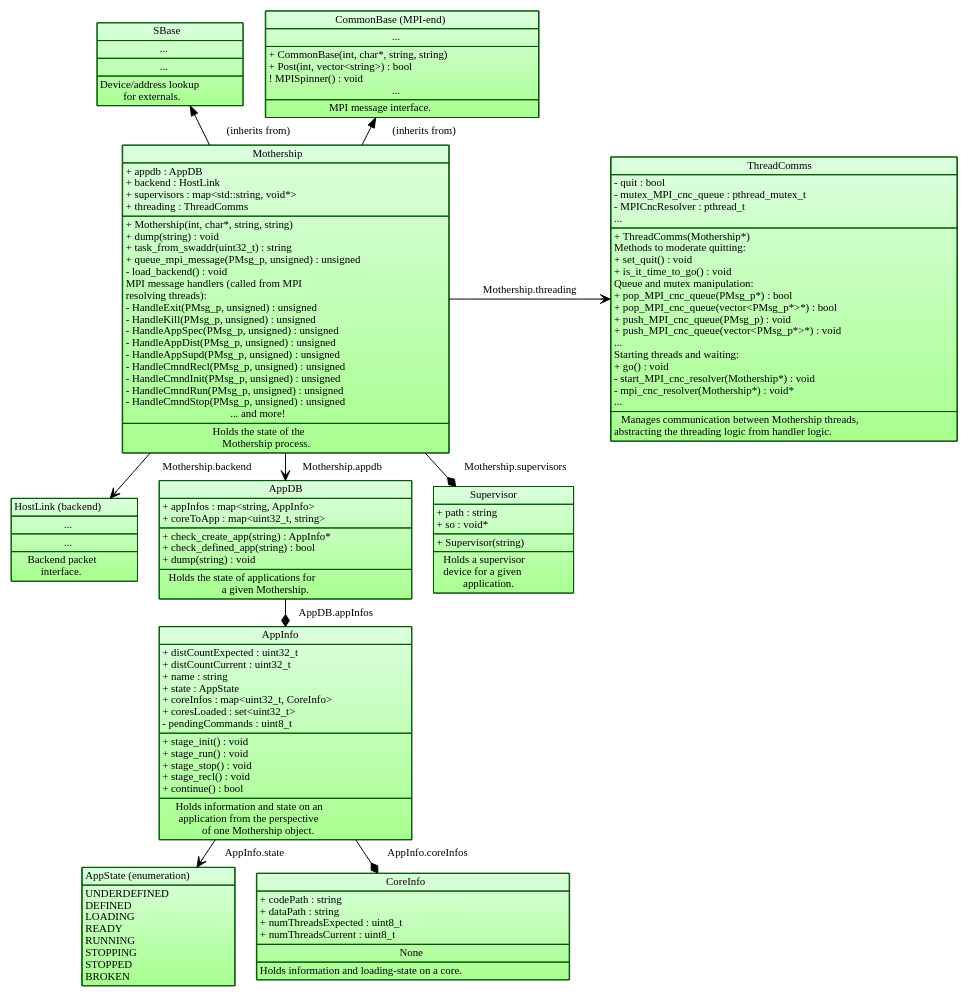
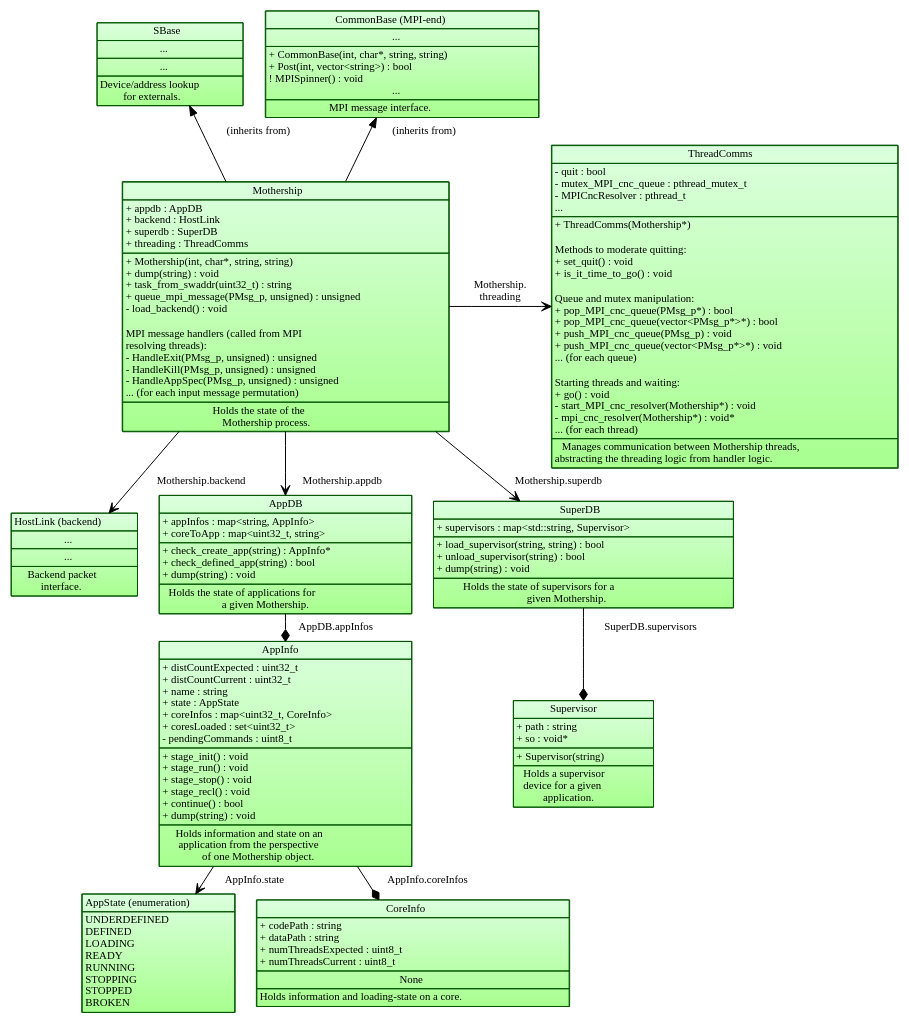
One commit to POETSII/orchestrator-documentation changed the diagram in images/source/mothership_data_structure.dot. Above: the diagram before and after it, drawn with Graphviz. The commit also changed 1 other file, not shown here.

Commit message:
Add class structure diagram.

```diff
--- a/images/source/mothership_data_structure.dot
+++ b/images/source/mothership_data_structure.dot
@@ -118,11 +118,27 @@
 + stage_stop() : void<BR ALIGN="LEFT"/>
 + stage_recl() : void<BR ALIGN="LEFT"/>
 + continue() : bool<BR ALIGN="LEFT"/>
++ dump(string) : void<BR ALIGN="LEFT"/>
 </TD></TR>
 <TR><TD ALIGN="TEXT">
 Holds information and state on an<BR ALIGN="TEXT"/>
 application from the perspective<BR ALIGN="TEXT"/>
 of one Mothership object.<BR ALIGN="TEXT"/>
+</TD></TR></TABLE>>];
+
+    SuperDB[label=<<TABLE BORDER="0" CELLBORDER="1" CELLSPACING="0">
+<TR><TD>SuperDB</TD></TR>
+<TR><TD ALIGN="LEFT">
++ supervisors : map&lt;std::string, Supervisor&gt;<BR ALIGN="LEFT"/>
+</TD></TR>
+<TR><TD ALIGN="LEFT">
++ load_supervisor(string, string) : bool<BR ALIGN="LEFT"/>
++ unload_supervisor(string) : bool<BR ALIGN="LEFT"/>
++ dump(string) : void<BR ALIGN="LEFT"/>
+</TD></TR>
+<TR><TD ALIGN="TEXT">
+Holds the state of supervisors for a<BR ALIGN="TEXT"/>
+given Mothership.
 </TD></TR></TABLE>>];
 
     Supervisor[label=<<TABLE BORDER="0" CELLBORDER="1" CELLSPACING="0">
@@ -145,7 +161,7 @@
 <TR><TD ALIGN="LEFT">
 + appdb : AppDB<BR ALIGN="LEFT"/>
 + backend : HostLink<BR ALIGN="LEFT"/>
-+ supervisors : map&lt;std::string, void*&gt;<BR ALIGN="LEFT"/>
++ superdb : SuperDB<BR ALIGN="LEFT"/>
 + threading : ThreadComms<BR ALIGN="LEFT"/>
 </TD></TR>
 <TR><TD ALIGN="LEFT">
@@ -153,19 +169,13 @@
 + dump(string) : void<BR ALIGN="LEFT"/>
 + task_from_swaddr(uint32_t) : string<BR ALIGN="LEFT"/>
 + queue_mpi_message(PMsg_p, unsigned) : unsigned<BR ALIGN="LEFT"/>
-- load_backend() : void<BR ALIGN="LEFT"/>
+- load_backend() : void<BR ALIGN="LEFT"/><BR ALIGN="LEFT"/>
 MPI message handlers (called from MPI<BR ALIGN="LEFT"/>
 resolving threads):<BR ALIGN="LEFT"/>
 - HandleExit(PMsg_p, unsigned) : unsigned<BR ALIGN="LEFT"/>
 - HandleKill(PMsg_p, unsigned) : unsigned<BR ALIGN="LEFT"/>
 - HandleAppSpec(PMsg_p, unsigned) : unsigned<BR ALIGN="LEFT"/>
-- HandleAppDist(PMsg_p, unsigned) : unsigned<BR ALIGN="LEFT"/>
-- HandleAppSupd(PMsg_p, unsigned) : unsigned<BR ALIGN="LEFT"/>
-- HandleCmndRecl(PMsg_p, unsigned) : unsigned<BR ALIGN="LEFT"/>
-- HandleCmndInit(PMsg_p, unsigned) : unsigned<BR ALIGN="LEFT"/>
-- HandleCmndRun(PMsg_p, unsigned) : unsigned<BR ALIGN="LEFT"/>
-- HandleCmndStop(PMsg_p, unsigned) : unsigned<BR ALIGN="LEFT"/>
-               ... and more!
+... (for each input message permutation)<BR ALIGN="LEFT"/>
 </TD></TR>
 <TR><TD ALIGN="TEXT">
 Holds the state of the<BR ALIGN="TEXT"/>
@@ -190,16 +200,16 @@
 -->
 </TD></TR>
 <TR><TD ALIGN="LEFT">
-+ ThreadComms(Mothership*)<BR ALIGN="LEFT"/>
++ ThreadComms(Mothership*)<BR ALIGN="LEFT"/><BR ALIGN="LEFT"/>
 Methods to moderate quitting:<BR ALIGN="LEFT"/>
 + set_quit() : void<BR ALIGN="LEFT"/>
-+ is_it_time_to_go() : void<BR ALIGN="LEFT"/>
++ is_it_time_to_go() : void<BR ALIGN="LEFT"/><BR ALIGN="LEFT"/>
 Queue and mutex manipulation: <BR ALIGN="LEFT"/>
 + pop_MPI_cnc_queue(PMsg_p*) : bool<BR ALIGN="LEFT"/>
 + pop_MPI_cnc_queue(vector&lt;PMsg_p*&gt;*) : bool<BR ALIGN="LEFT"/>
 + push_MPI_cnc_queue(PMsg_p) : void<BR ALIGN="LEFT"/>
 + push_MPI_cnc_queue(vector&lt;PMsg_p*&gt;*) : void<BR ALIGN="LEFT"/>
-...<BR ALIGN="LEFT"/>
+... (for each queue)<BR ALIGN="LEFT"/><BR ALIGN="LEFT"/>
 <!--
 + pop_MPI_app_queue(PMsg_p*) : bool<BR ALIGN="LEFT"/>
 + pop_MPI_app_queue(vector&lt;PMsg_p*&gt;*) : bool<BR ALIGN="LEFT"/>
@@ -222,7 +232,7 @@
 + go() : void<BR ALIGN="LEFT"/>
 - start_MPI_cnc_resolver(Mothership*) : void<BR ALIGN="LEFT"/>
 - mpi_cnc_resolver(Mothership*) : void*<BR ALIGN="LEFT"/>
-...<BR ALIGN="LEFT"/>
+... (for each thread)<BR ALIGN="LEFT"/>
 <!--
 - start_MPI_input_broker(Mothership*) : void<BR ALIGN="LEFT"/>
 - mpi_input_broker(Mothership*) : void*<BR ALIGN="LEFT"/>
@@ -250,14 +260,15 @@
     {edge[arrowhead="vee"];
         AppInfo -> AppState[label=" AppInfo.state"];
         Mothership -> HostLink[label=" Mothership.backend"];
-        Mothership -> ThreadComms[label=" Mothership.threading"];
+        Mothership -> ThreadComms[label=" Mothership.\nthreading"];
         Mothership -> AppDB[label=" Mothership.appdb"];
+        Mothership -> SuperDB[label=" Mothership.superdb"];
     }
 
     /* One-to-many containment. */
     {edge[arrowhead="diamond"];
+        SuperDB -> Supervisor[label=" SuperDB.supervisors"];
         AppDB -> AppInfo[label=" AppDB.appInfos"];
-        Mothership -> Supervisor[label=" Mothership.supervisors"];
         AppInfo -> CoreInfo[label=" AppInfo.coreInfos"];
     }
 
```
